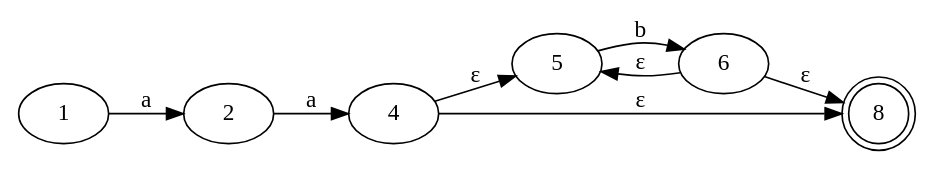
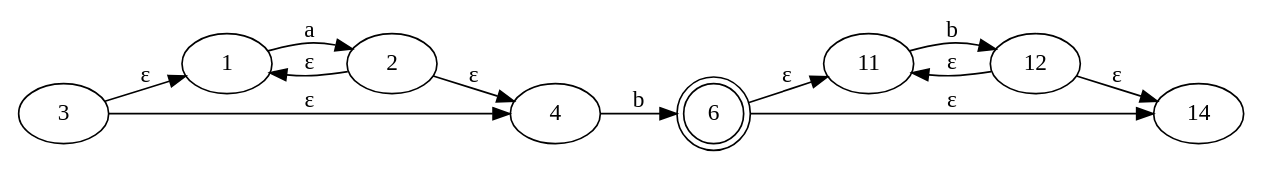
The diagram in graficas/Thompson.gv (guzmanalejandra/Compiladores-I), drawn with Graphviz before and after one commit. The commit also changed 7 other files, not shown here.

Commit message:
feat: graphiz missing library error handler was added

```diff
--- a/graficas/Thompson.gv
+++ b/graficas/Thompson.gv
@@ -1,16 +1,22 @@
 digraph Automata {
 	rankdir=LR
 	1 [label=1]
 	2 [label=2]
+	3 [label=3]
 	4 [label=4]
-	5 [label=5]
-	6 [label=6]
-	8 [label=8 shape=doublecircle]
+	11 [label=11]
+	12 [label=12]
+	14 [label=14]
+	6 [label=6 shape=doublecircle]
 	1 -> 2 [label=a]
-	2 -> 4 [label=a]
-	5 -> 6 [label=b]
-	6 -> 8 [label="ε"]
-	6 -> 5 [label="ε"]
-	4 -> 5 [label="ε"]
-	4 -> 8 [label="ε"]
+	3 -> 1 [label="ε"]
+	3 -> 4 [label="ε"]
+	2 -> 4 [label="ε"]
+	2 -> 1 [label="ε"]
+	11 -> 12 [label=b]
+	12 -> 14 [label="ε"]
+	12 -> 11 [label="ε"]
+	6 -> 11 [label="ε"]
+	6 -> 14 [label="ε"]
+	4 -> 6 [label=b]
 }
```
